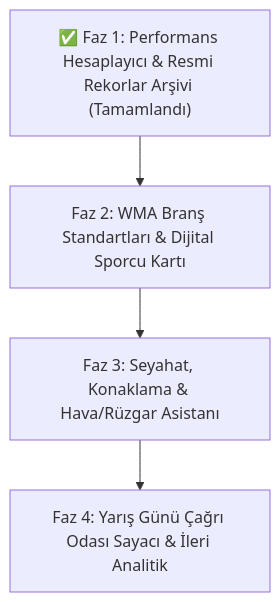
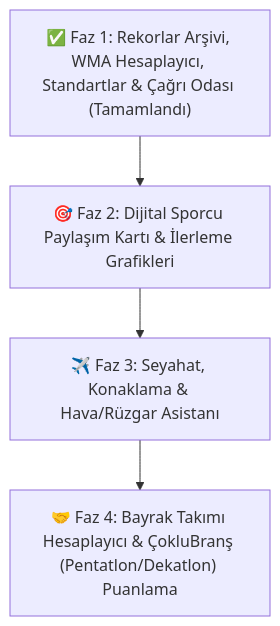
Before and after one commit to KronosEcil/master-racer: the diagram in ROADMAP.md, drawn with Mermaid. The commit also changed other lines of this file, not shown here.

Commit message:
ROADMAP.md son eklenen ozellikler ve fazlarla guncellendi

````diff
--- a/ROADMAP.md
+++ b/ROADMAP.md
@@ -53,6 +51,6 @@
 ```mermaid
 flowchart TD
-    A["✅ Faz 1: Performans Hesaplayıcı & Resmi Rekorlar Arşivi (Tamamlandı)"] --> B["Faz 2: WMA Branş Standartları & Dijital Sporcu Kartı"]
-    B --> C["Faz 3: Seyahat, Konaklama & Hava/Rüzgar Asistanı"]
-    C --> D["Faz 4: Yarış Günü Çağrı Odası Sayacı & İleri Analitik"]
+    A["✅ Faz 1: Rekorlar Arşivi, WMA Hesaplayıcı, Standartlar & Çağrı Odası (Tamamlandı)"] --> B["🎯 Faz 2: Dijital Sporcu Paylaşım Kartı & İlerleme Grafikleri"]
+    B --> C["✈️ Faz 3: Seyahat, Konaklama & Hava/Rüzgar Asistanı"]
+    C --> D["🤝 Faz 4: Bayrak Takımı Hesaplayıcı & ÇokluBranş (Pentatlon/Dekatlon) Puanlama"]
 ```
````
